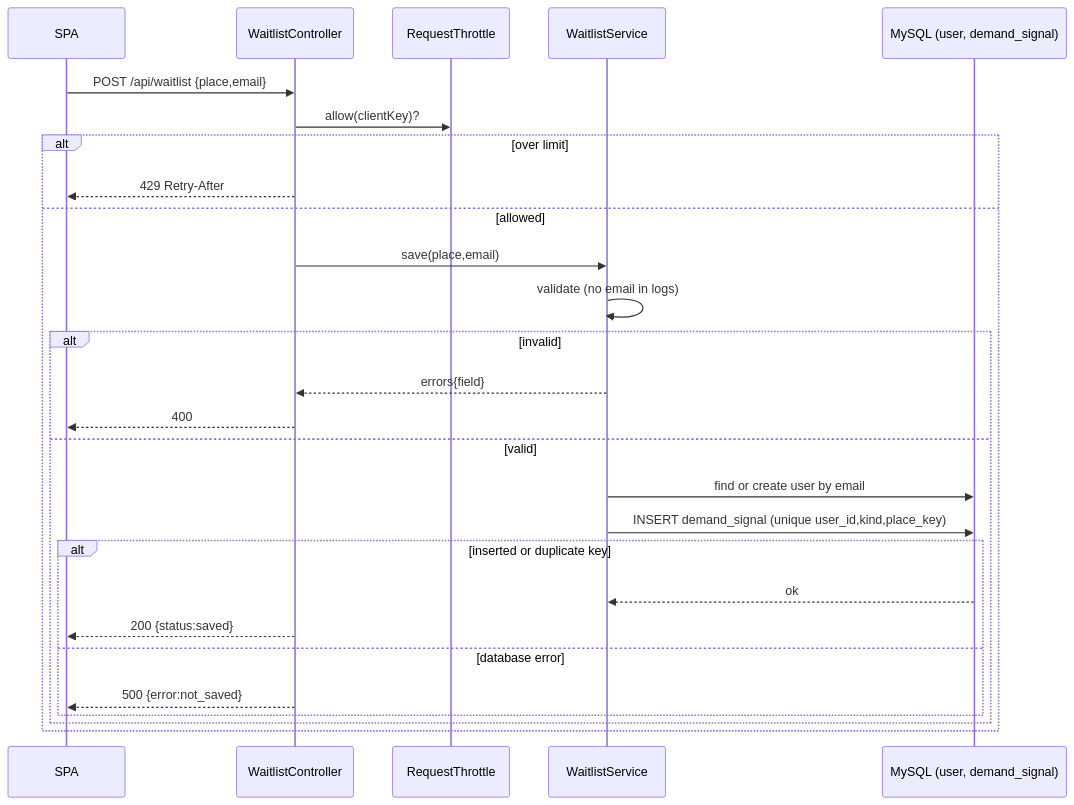
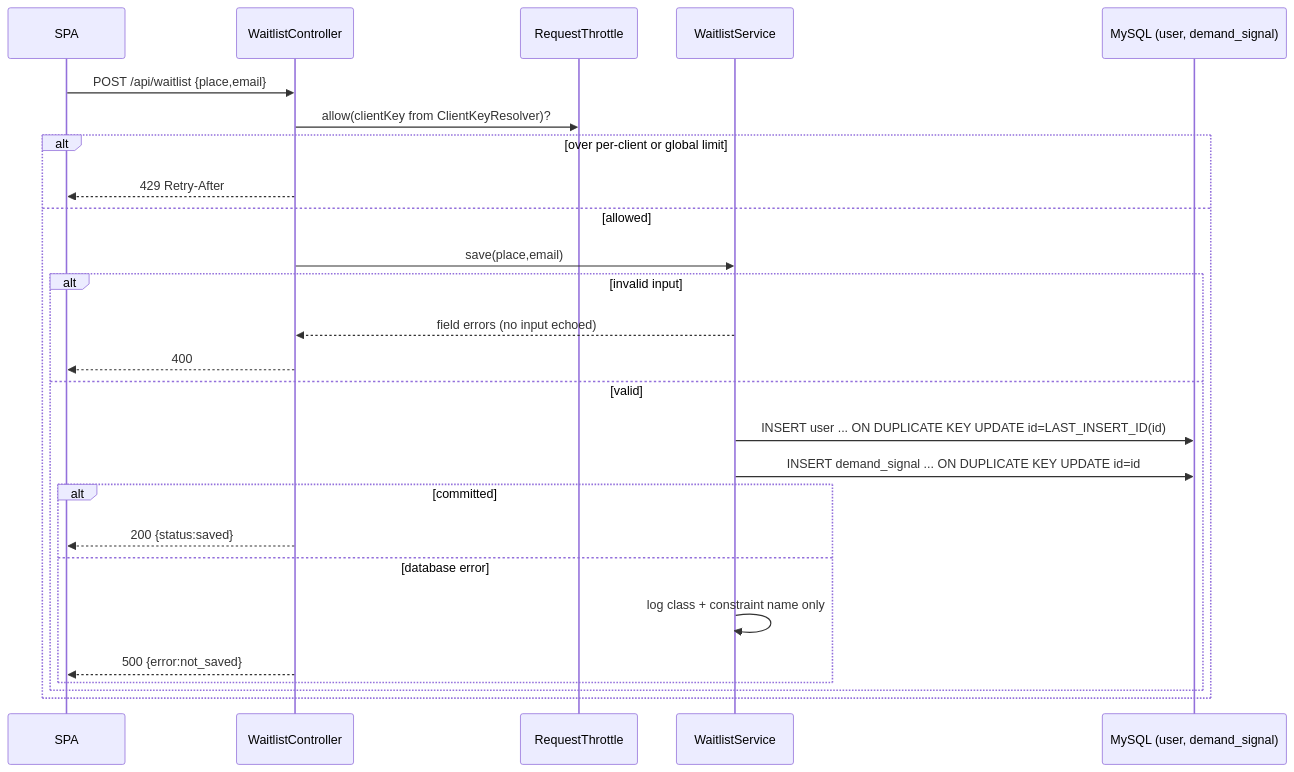
Before and after one commit to saravapalli/arang: the fourth of 5 diagrams in docs/p2.1-town-entry/sdd.md, drawn with Mermaid. The commit also changed other lines of this file and 7 other files, not shown here.

````diff
--- a/docs/p2.1-town-entry/sdd.md
+++ b/docs/p2.1-town-entry/sdd.md
@@ -344,29 +422,28 @@
 ```mermaid
 sequenceDiagram
   participant S as SPA
   participant W as WaitlistController
   participant T as RequestThrottle
   participant X as WaitlistService
   participant DB as MySQL (user, demand_signal)
   S->>W: POST /api/waitlist {place,email}
-  W->>T: allow(clientKey)?
-  alt over limit
+  W->>T: allow(clientKey from ClientKeyResolver)?
+  alt over per-client or global limit
     W-->>S: 429 Retry-After
   else allowed
     W->>X: save(place,email)
-    X->>X: validate (no email in logs)
-    alt invalid
-      X-->>W: errors{field}
+    alt invalid input
+      X-->>W: field errors (no input echoed)
       W-->>S: 400
     else valid
-      X->>DB: find or create user by email
-      X->>DB: INSERT demand_signal (unique user_id,kind,place_key)
-      alt inserted or duplicate key
-        DB-->>X: ok
+      X->>DB: INSERT user ... ON DUPLICATE KEY UPDATE id=LAST_INSERT_ID(id)
+      X->>DB: INSERT demand_signal ... ON DUPLICATE KEY UPDATE id=id
+      alt committed
         W-->>S: 200 {status:saved}
       else database error
+        X->>X: log class + constraint name only
         W-->>S: 500 {error:not_saved}
       end
     end
   end
 ```
````
